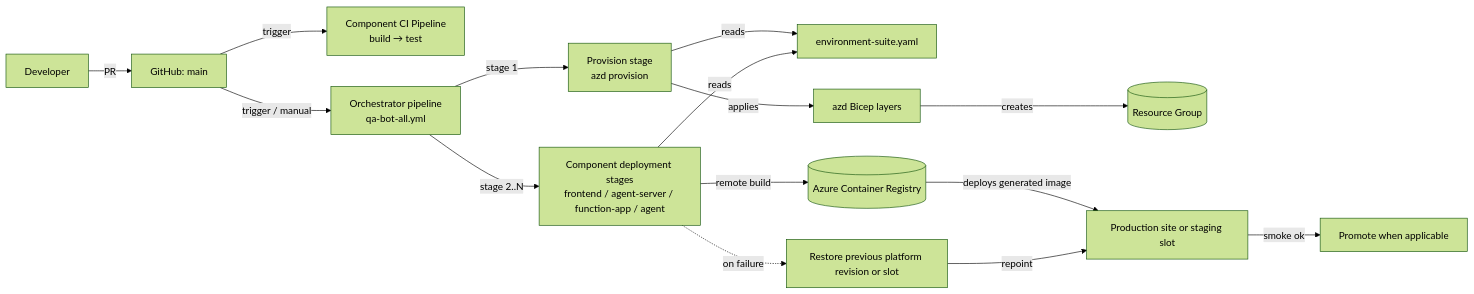
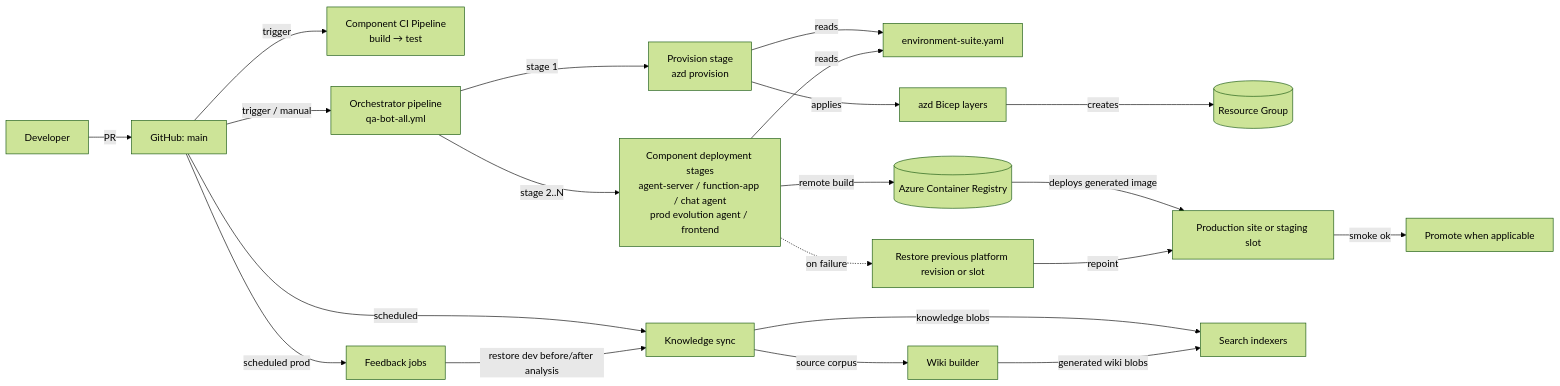
The diagram in tools/sdk-ai-bots/deployment/docs/deployment-architecture.md (Azure/azure-sdk-tools), drawn with Mermaid (forest theme) before and after one commit. The commit also changed other lines of this file and 59 other files, not shown here.

````diff
--- a/tools/sdk-ai-bots/deployment/docs/deployment-architecture.md
+++ b/tools/sdk-ai-bots/deployment/docs/deployment-architecture.md
@@ -3,19 +3,26 @@
 ```mermaid
 graph LR
     DEV[Developer] -->|PR| GH[GitHub: main]
     GH -->|trigger| CI[Component CI Pipeline<br/>build → test]
 
     GH -->|trigger / manual| ORCH[Orchestrator pipeline<br/>qa-bot-all.yml]
     ORCH -->|stage 1| PROV[Provision stage<br/>azd provision]
     PROV -->|reads| ES[environment-suite.yaml]
     PROV -->|applies| INFRA[azd Bicep layers]
     INFRA -->|creates| RG[(Resource Group)]
 
-    ORCH -->|stage 2..N| CD[Component deployment stages<br/>frontend / agent-server / function-app / agent]
+    ORCH -->|stage 2..N| CD[Component deployment stages<br/>agent-server / function-app / chat agent<br/>prod evolution agent / frontend]
     CD -->|reads| ES
     CD -->|remote build| ACR[(Azure Container Registry)]
     ACR -->|deploys generated image| TARGET[Production site or staging slot]
     TARGET -->|smoke ok| PROMOTE[Promote when applicable]
     CD -.->|on failure| RB[Restore previous platform revision or slot]
     RB -->|repoint| TARGET
+
+    GH -->|scheduled| KS[Knowledge sync]
+    KS -->|knowledge blobs| SEARCH[Search indexers]
+    KS -->|source corpus| WIKI[Wiki builder]
+    WIKI -->|generated wiki blobs| SEARCH
+    GH -->|scheduled prod| FB[Feedback jobs]
+    FB -->|restore dev before/after analysis| KS
 ```
````
